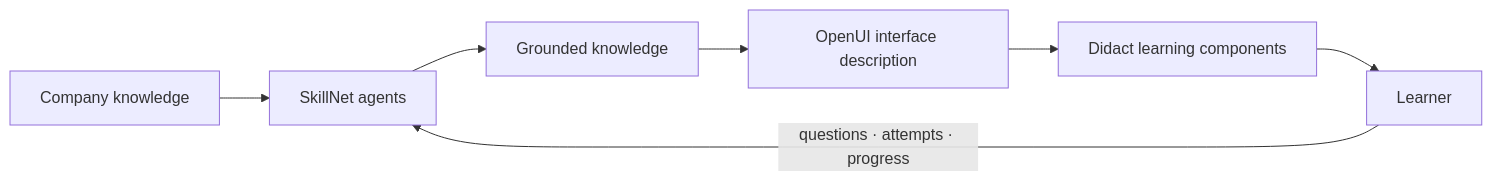
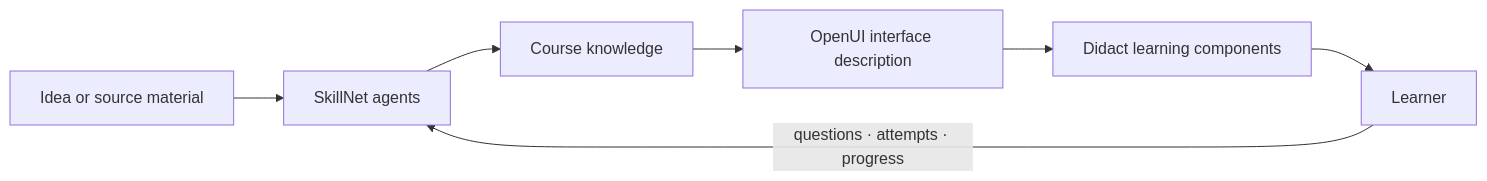
Before and after one commit to ANFAIA/SkillNet: the diagram in README.md, drawn with Mermaid. The commit also changed other lines of this file, not shown here.

First line of the commit message:
docs: align README with current SkillNet product (#67)

````diff
--- a/README.md
+++ b/README.md
@@ -59,9 +61,9 @@
 ```mermaid
 graph LR
-    docs["Company knowledge"] --> agents["SkillNet agents"]
-    agents --> knowledge["Grounded knowledge"]
+    docs["Idea or source material"] --> agents["SkillNet agents"]
+    agents --> knowledge["Course knowledge"]
     knowledge --> openui["OpenUI interface description"]
     openui --> didact["Didact learning components"]
     didact --> learner["Learner"]
     learner -->|questions · attempts · progress| agents
 ```
````
